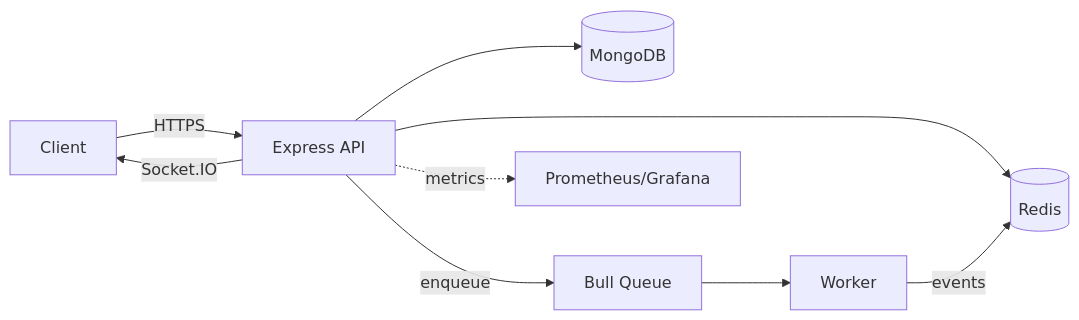
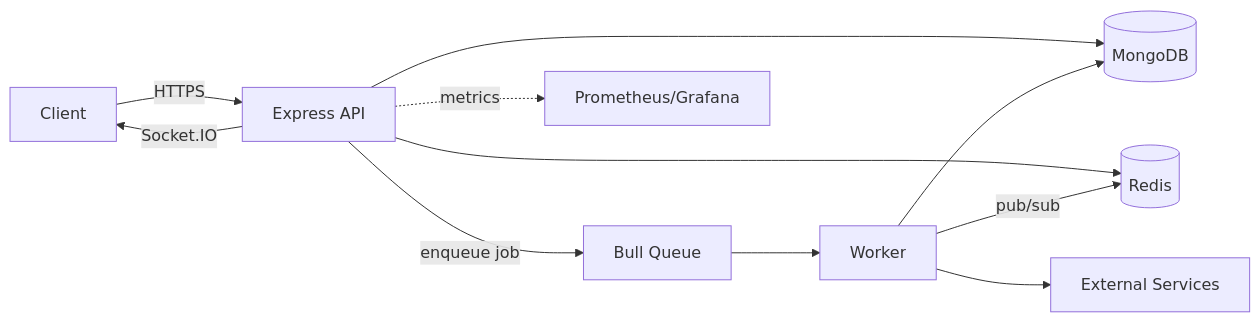
The diagram in README.md (hassonor/ts-node-express-redis-bull-template), drawn with Mermaid before and after one commit. The commit also changed other lines of this file, not shown here.

````diff
--- a/README.md
+++ b/README.md
@@ -56,19 +56,22 @@
 ```mermaid
 flowchart LR
   client[Client]
   api[Express API]
   db[(MongoDB)]
   redis[(Redis)]
   queue[Bull Queue]
   worker[Worker]
+  ext[External Services]
   monitor[Prometheus/Grafana]
 
   client -->|HTTPS| api
   api --> db
   api --> redis
-  api -->|enqueue| queue
+  api -->|enqueue job| queue
   queue --> worker
-  worker -->|events| redis
+  worker --> db
+  worker --> ext
+  worker -- pub/sub --> redis
   api -- Socket.IO --> client
   api -. metrics .-> monitor
 ```
````
